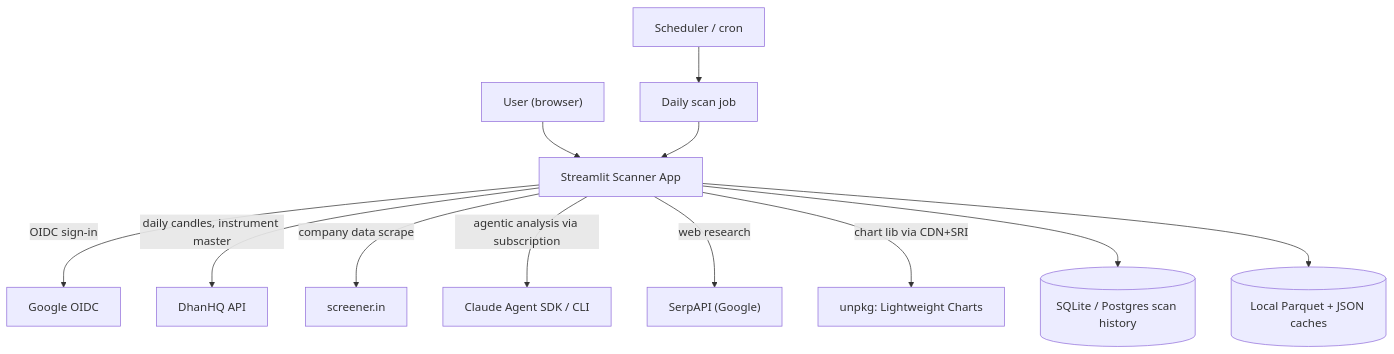
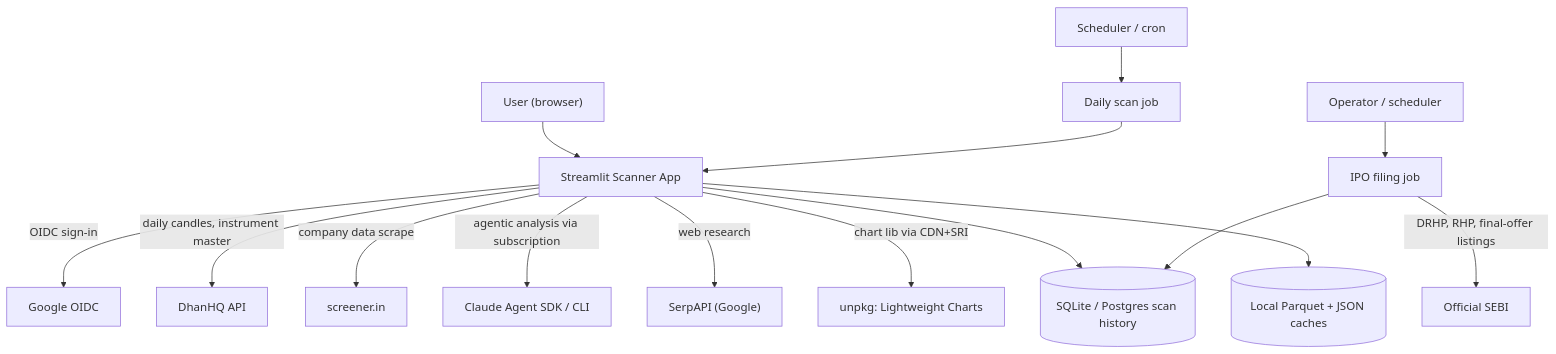
Before and after one commit to DoRmAmMu1997/Streamlit-Scanner-App: the first of 6 diagrams in docs/architecture/high-level-design.md, drawn with Mermaid. The commit also changed other lines of this file, not shown here.

Commit message:
docs: wire IPO subsystem through the HLD

````diff
--- a/docs/architecture/high-level-design.md
+++ b/docs/architecture/high-level-design.md
@@ -46,14 +56,17 @@
 ```mermaid
 flowchart TD
     User["User (browser)"] --> APP["Streamlit Scanner App"]
     Cron["Scheduler / cron"] --> JOB["Daily scan job"]
     JOB --> APP
+    Operator["Operator / scheduler"] --> IPOJOB["IPO filing job"]
+    IPOJOB -->|DRHP, RHP, final-offer listings| SEBI["Official SEBI"]
     APP -->|OIDC sign-in| Google["Google OIDC"]
     APP -->|daily candles, instrument master| Dhan["DhanHQ API"]
     APP -->|company data scrape| ScreenerIn["screener.in"]
     APP -->|agentic analysis via subscription| Claude["Claude Agent SDK / CLI"]
     APP -->|web research| Serp["SerpAPI (Google)"]
     APP -->|chart lib via CDN+SRI| CDN["unpkg: Lightweight Charts"]
     APP --> DB[("SQLite / Postgres scan history")]
+    IPOJOB --> DB
     APP --> Cache[("Local Parquet + JSON caches")]
 ```
````
